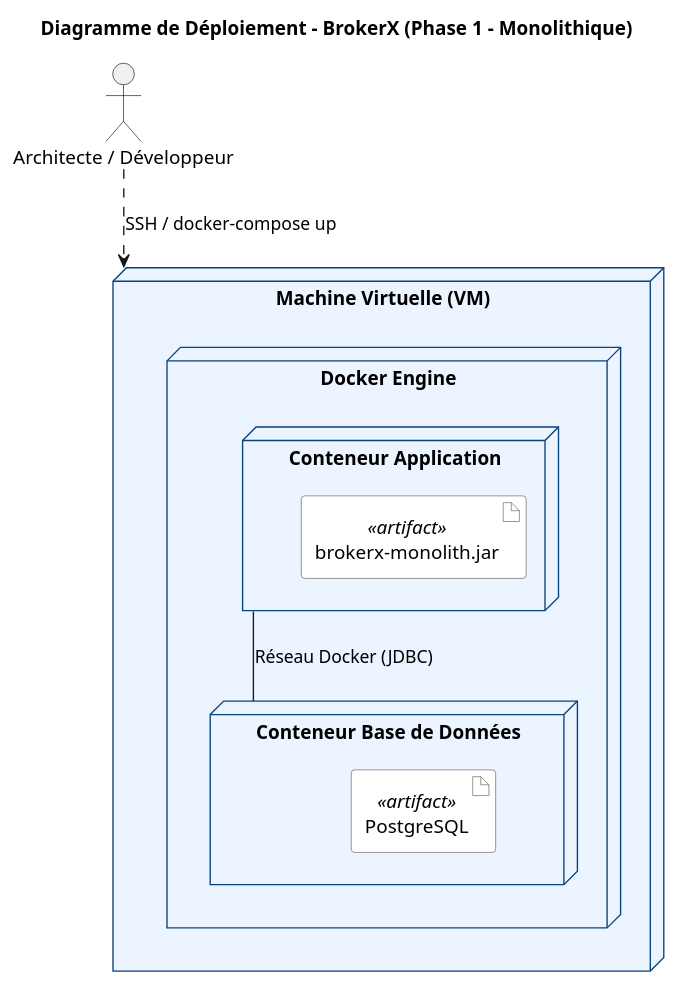
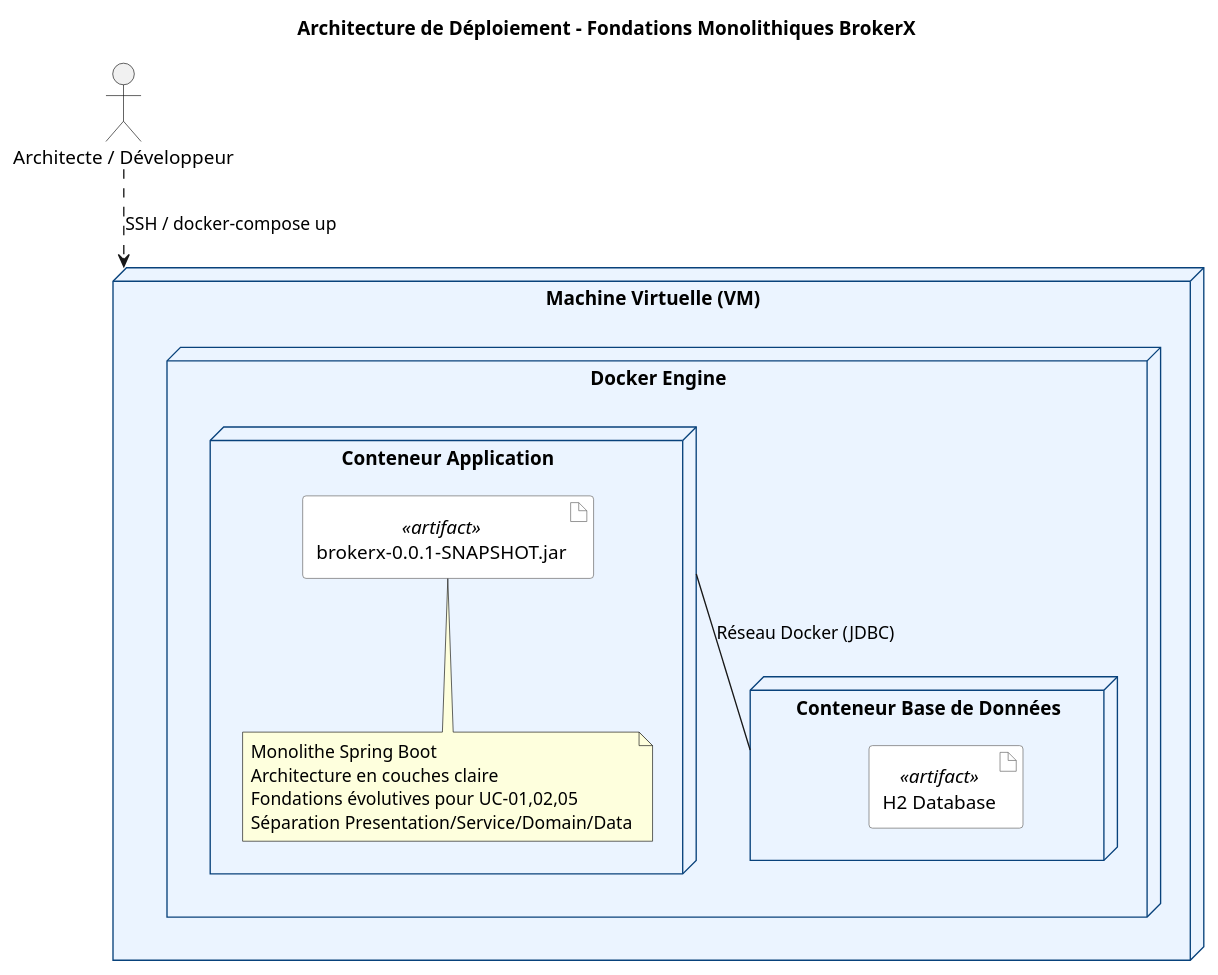
One commit to monicaDelao/brokerx changed the diagram in docs/views/deploiement.puml. Above: the diagram before and after it, drawn with PlantUML. The commit also changed 104 other files, not shown here.

```diff
--- a/docs/views/deploiement.puml
+++ b/docs/views/deploiement.puml
@@ -1,44 +1,50 @@
 @startuml
-' Titre du diagramme
-title Diagramme de Déploiement - BrokerX (Phase 1 - Monolithique)
+' Titre du diagramme  
+title Architecture de Déploiement - Fondations Monolithiques BrokerX
 
 ' Apparence du diagramme
 skinparam node {
     borderColor #08427B
     backgroundColor #EBF4FF
     shadowing false
 }
 
 skinparam artifact {
     borderColor #666666
     backgroundColor #FFFFFF
 }
 
 ' Définition du noeud principal : la Machine Virtuelle
 node "Machine Virtuelle (VM)" as VM {
     
     ' Définition du moteur d'exécution Docker
     node "Docker Engine" as Docker {
         
         ' Conteneur de l'application BrokerX
         node "Conteneur Application" as AppContainer {
-            artifact "brokerx-monolith.jar" as AppArtifact <<artifact>>
+            artifact "brokerx-0.0.1-SNAPSHOT.jar" as AppArtifact <<artifact>>
+            note bottom of AppArtifact
+              Monolithe Spring Boot
+              Architecture en couches claire
+              Fondations évolutives pour UC-01,02,05
+              Séparation Presentation/Service/Domain/Data
+            end note
         }
         
         ' Conteneur de la base de données
         node "Conteneur Base de Données" as DBContainer {
-            artifact "PostgreSQL" as DBArtifact <<artifact>>
+            artifact "H2 Database" as DBArtifact <<artifact>>
         }
         
         ' Réseau interne Docker
         AppContainer -- (DBContainer) : "Réseau Docker (JDBC)"
     }
 }
 
 ' Définition de l'acteur externe qui interagit avec le système
 actor "Architecte / Développeur" as Dev
 
 ' L'architecte déploie et interagit avec la VM via SSH et Docker CLI
 Dev ..> VM : "SSH / docker-compose up"
 
 @enduml
```
